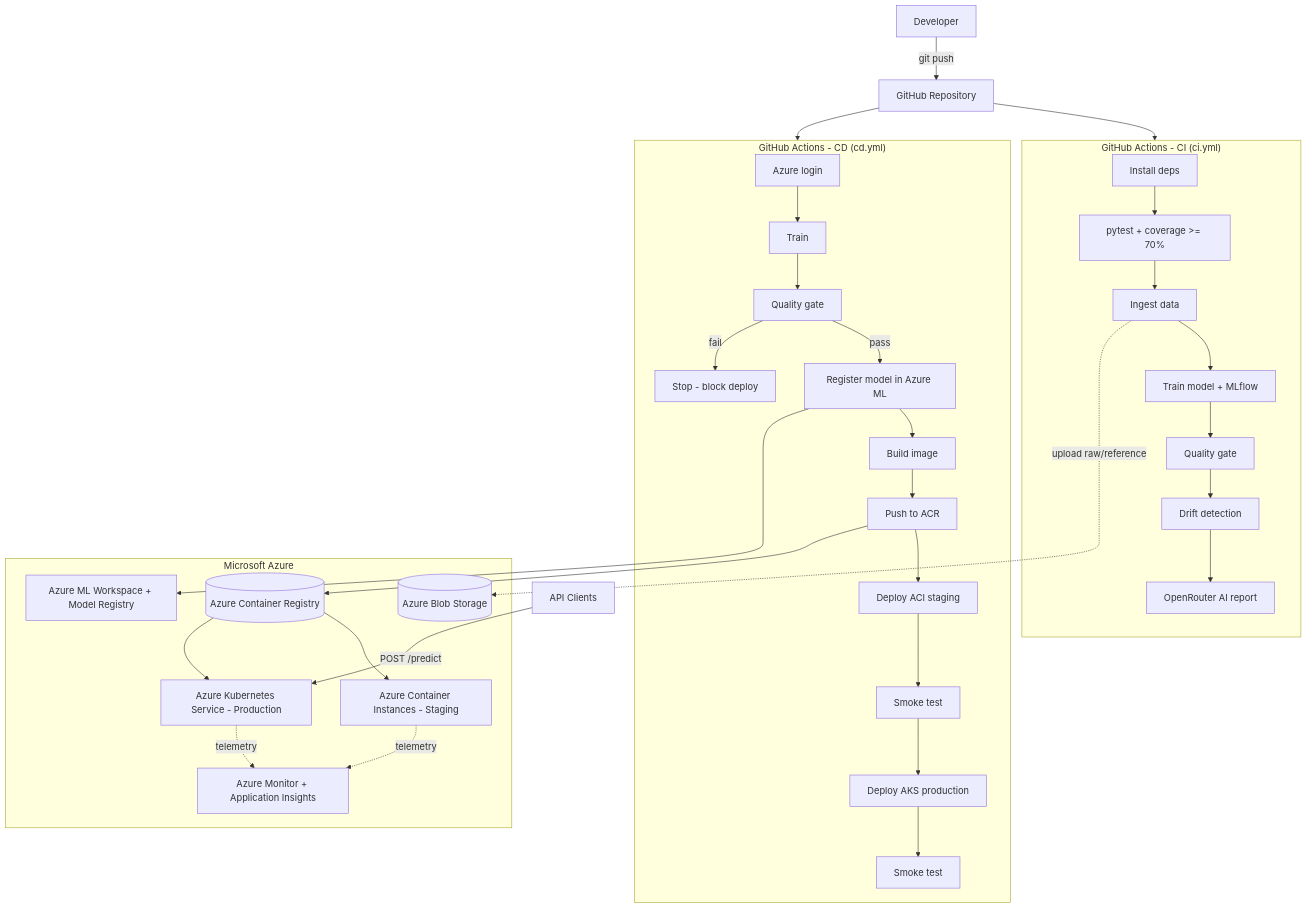
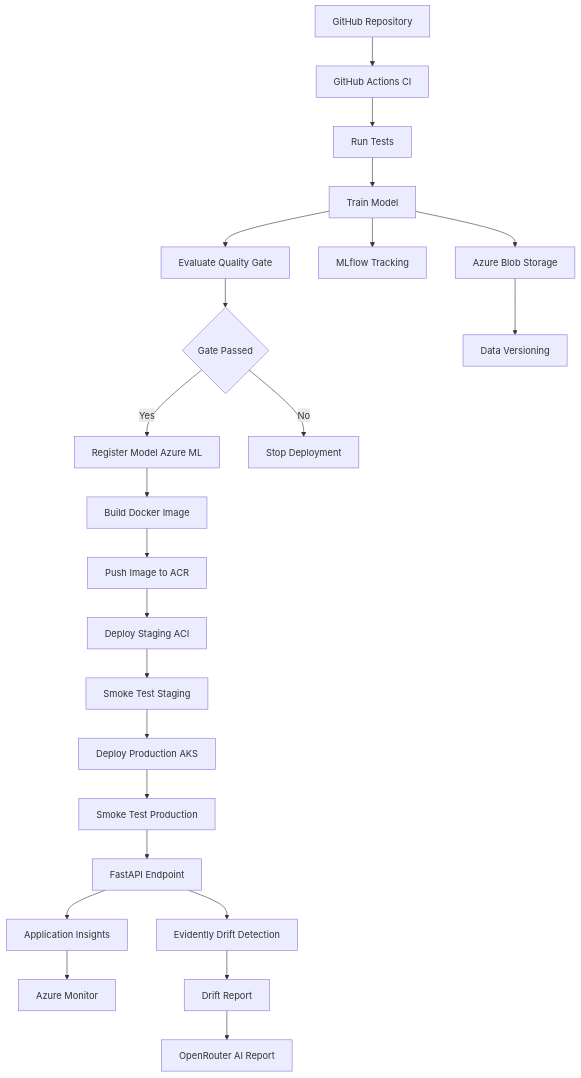
One commit to bakhtiyark06/MLOPS-azure-final-project changed the diagram in docs/architecture_diagram.mmd. Above: the diagram before and after it, drawn with Mermaid. The commit also changed 2 other files, not shown here.

Commit message:
Fix Mermaid diagram for GitHub rendering

```diff
--- a/docs/architecture_diagram.mmd
+++ b/docs/architecture_diagram.mmd
@@ -1,49 +1,31 @@
 %% Author:  Bakhtiyar Khan
 %% Date:    2026-06-27
 %% Purpose: End-to-end MLOps architecture for the Azure final project.
-flowchart TD
-    Dev[Developer] -->|git push| GH[GitHub Repository]
+%% GitHub-safe Mermaid syntax: graph TD, simple quoted labels, no subgraphs.
+graph TD
+    A["GitHub Repository"] --> B["GitHub Actions CI"]
+    B --> C["Run Tests"]
+    C --> D["Train Model"]
+    D --> E["Evaluate Quality Gate"]
+    E --> F{"Gate Passed"}
+    F -->|Yes| G["Register Model Azure ML"]
+    F -->|No| H["Stop Deployment"]
 
-    subgraph CI["GitHub Actions - CI (ci.yml)"]
-        I1[Install deps] --> I2[pytest + coverage >= 70%]
-        I2 --> I3[Ingest data]
-        I3 --> I4[Train model + MLflow]
-        I4 --> I5[Quality gate]
-        I5 --> I6[Drift detection]
-        I6 --> I7[OpenRouter AI report]
-    end
+    G --> I["Build Docker Image"]
+    I --> J["Push Image to ACR"]
+    J --> K["Deploy Staging ACI"]
+    K --> L["Smoke Test Staging"]
+    L --> M["Deploy Production AKS"]
+    M --> N["Smoke Test Production"]
 
-    subgraph CD["GitHub Actions - CD (cd.yml)"]
-        D0[Azure login] --> D1[Train]
-        D1 --> D2[Quality gate]
-        D2 -->|pass| D3[Register model in Azure ML]
-        D2 -->|fail| STOP[Stop - block deploy]
-        D3 --> D4[Build image]
-        D4 --> D5[Push to ACR]
-        D5 --> D6[Deploy ACI staging]
-        D6 --> D7[Smoke test]
-        D7 --> D8[Deploy AKS production]
-        D8 --> D9[Smoke test]
-    end
+    N --> O["FastAPI Endpoint"]
+    O --> P["Application Insights"]
+    P --> Q["Azure Monitor"]
 
-    GH --> CI
-    GH --> CD
+    D --> R["MLflow Tracking"]
+    D --> S["Azure Blob Storage"]
+    S --> T["Data Versioning"]
 
-    subgraph Azure["Microsoft Azure"]
-        Blob[(Azure Blob Storage)]
-        AML[Azure ML Workspace + Model Registry]
-        ACR[(Azure Container Registry)]
-        ACI[Azure Container Instances - Staging]
-        AKS[Azure Kubernetes Service - Production]
-        MON[Azure Monitor + Application Insights]
-    end
-
-    I3 -. upload raw/reference .-> Blob
-    D3 --> AML
-    D5 --> ACR
-    ACR --> ACI
-    ACR --> AKS
-    ACI -. telemetry .-> MON
-    AKS -. telemetry .-> MON
-
-    Users[API Clients] -->|POST /predict| AKS
+    O --> U["Evidently Drift Detection"]
+    U --> V["Drift Report"]
+    V --> W["OpenRouter AI Report"]
```
